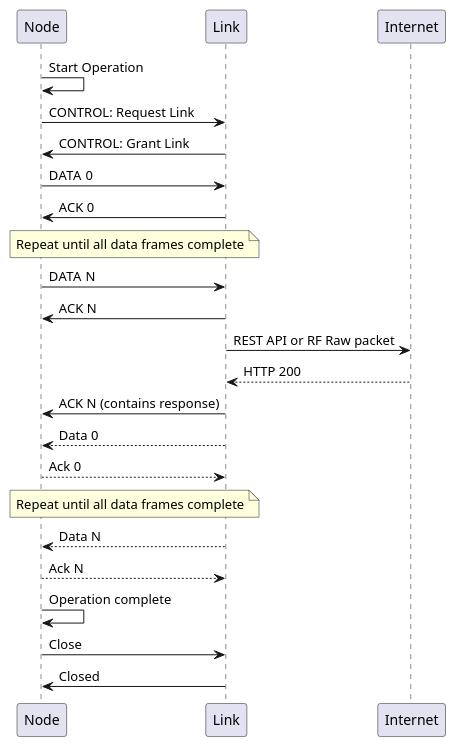
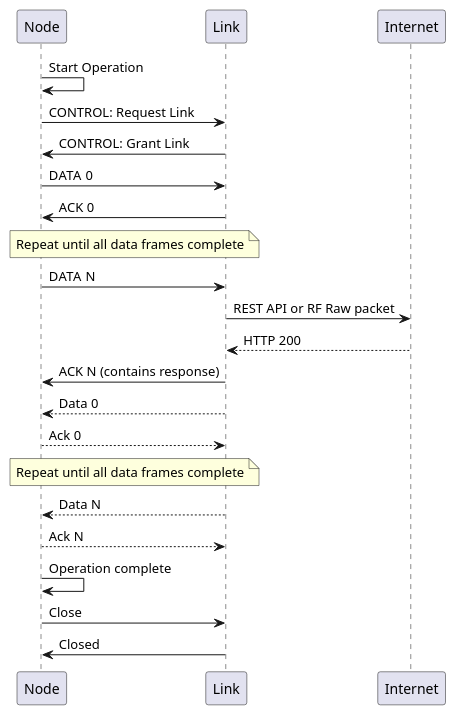
The first of 2 diagrams in sequences.puml (vvanders/rfnet), drawn with PlantUML before and after one commit. The commit also changed 2 other files, not shown here.

```diff
--- a/sequences.puml
+++ b/sequences.puml
@@ -1,33 +1,32 @@
 @startuml
 Node->Node: Start Operation
 
 Node->Link: CONTROL: Request Link
 Link->Node: CONTROL: Grant Link
 
 Node->Link: DATA 0
 Link->Node: ACK 0
 
 note over Node, Link: Repeat until all data frames complete
 
 Node->Link: DATA N
-Link->Node: ACK N
 
 Link->Internet: REST API or RF Raw packet
 Internet-->Link: HTTP 200
 
 Link->Node: ACK N (contains response)
 
 Link-->Node: Data 0
 Node-->Link: Ack 0
 
 note over Node, Link: Repeat until all data frames complete
 
 Link-->Node: Data N
 Node-->Link: Ack N
 
 Node->Node: Operation complete
 
 Node->Link: Close
 Link->Node: Closed
 
 @enduml
```
